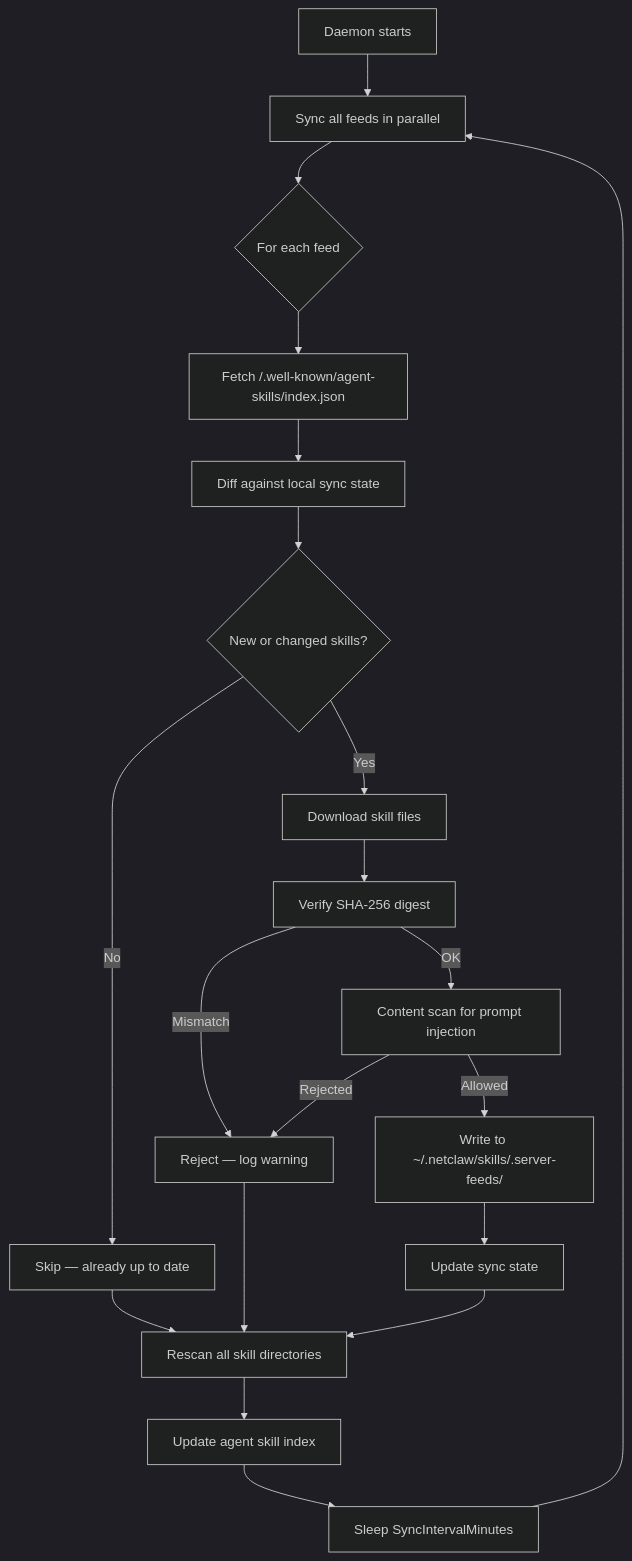
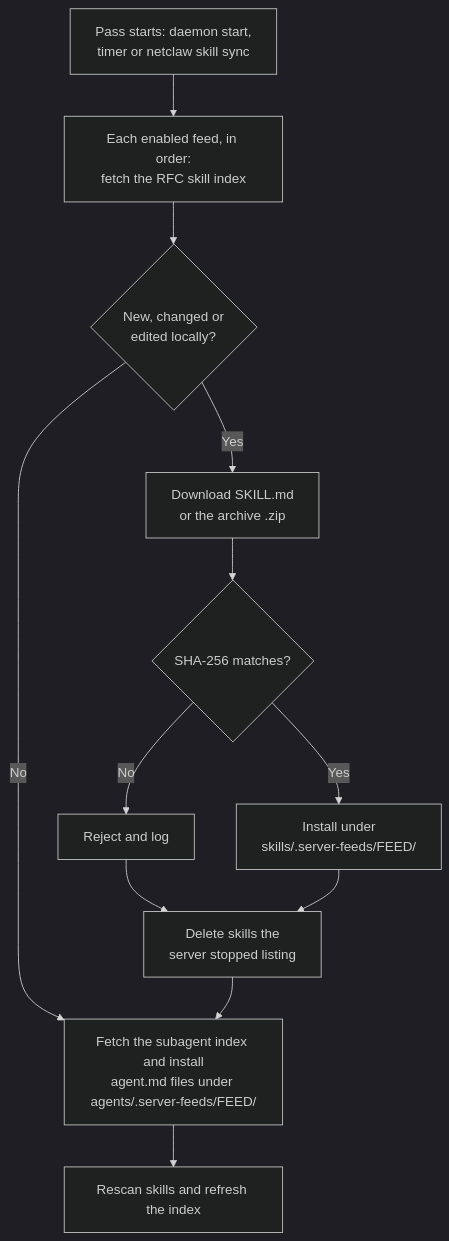
One commit to netclaw-dev/netclaw-website changed the diagram in src/content/docs/skills/skill-feeds.md. Above: the diagram before and after it, drawn with Mermaid (dark theme). The commit also changed other lines of this file and 279 other files, not shown here.

First line of the commit message:
docs: refresh for Netclaw 0.28.2 (#140)

````diff
--- a/src/content/docs/skills/skill-feeds.md
+++ b/src/content/docs/skills/skill-feeds.md
@@ -12,22 +12,14 @@
 ```mermaid
 flowchart TD
-    A[Daemon starts] --> B[Sync all feeds in parallel]
-    B --> C{For each feed}
-    C --> D[Fetch /.well-known/agent-skills/index.json]
-    D --> E[Diff against local sync state]
-    E --> F{New or changed skills?}
-    F -->|No| G[Skip — already up to date]
-    F -->|Yes| H[Download skill files]
-    H --> I[Verify SHA-256 digest]
-    I -->|Mismatch| J[Reject — log warning]
-    I -->|OK| K[Content scan for prompt injection]
-    K -->|Rejected| J
-    K -->|Allowed| L[Write to ~/.netclaw/skills/.server-feeds/]
-    L --> M[Update sync state]
-    G --> N[Rescan all skill directories]
-    M --> N
-    J --> N
-    N --> O[Update agent skill index]
-    O --> P[Sleep SyncIntervalMinutes]
-    P --> B
+    A["Pass starts: daemon start,<br/>timer or netclaw skill sync"] --> B["Each enabled feed, in order:<br/>fetch the RFC skill index"]
+    B --> D{"New, changed or<br/>edited locally?"}
+    D -->|"No"| M
+    D -->|"Yes"| F["Download SKILL.md<br/>or the archive .zip"]
+    F --> I{"SHA-256 matches?"}
+    I -->|"No"| J["Reject and log"]
+    I -->|"Yes"| K["Install under<br/>skills/.server-feeds/FEED/"]
+    J --> L
+    K --> L["Delete skills the<br/>server stopped listing"]
+    L --> M["Fetch the subagent index and install<br/>agent.md files under agents/.server-feeds/FEED/"]
+    M --> O["Rescan skills and refresh the index"]
 ```
````
